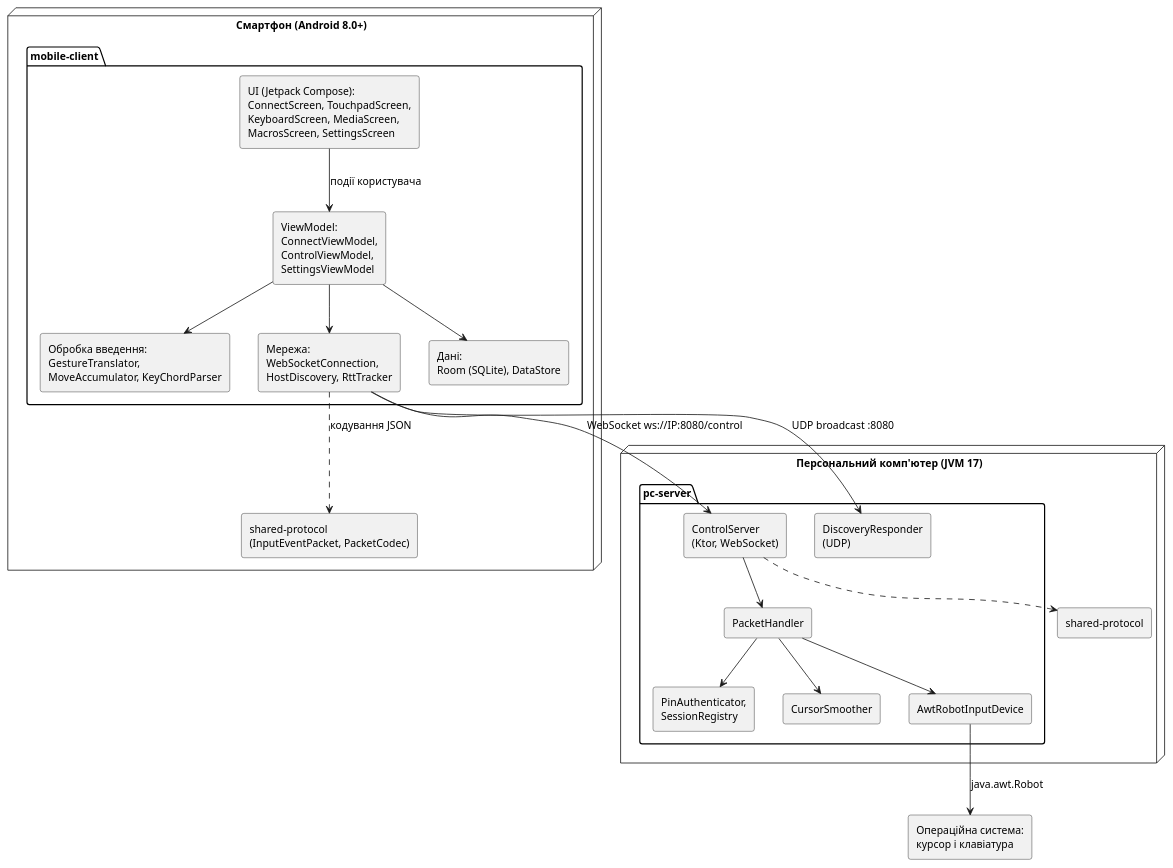
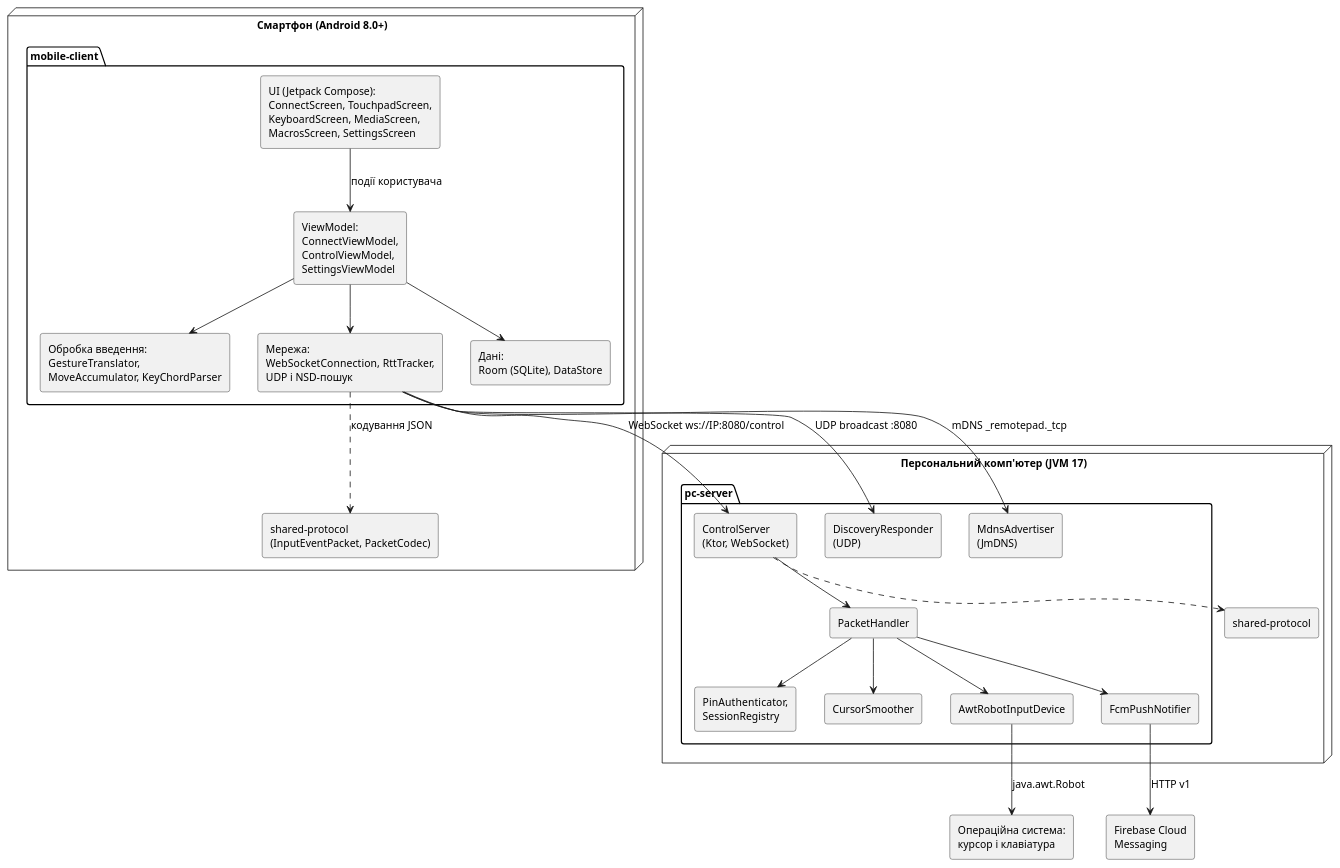
The diagram in docs/diagrams/component.puml (Illya-Bonikon/CW_1-4_TB-31_Reshetnikov_Felchyn), drawn with PlantUML before and after one commit. The commit also changed 53 other files, not shown here.

First line of the commit message:
Add Room CRUD and migrations, mDNS discovery and FCM notifications

```diff
--- a/docs/diagrams/component.puml
+++ b/docs/diagrams/component.puml
@@ -1,47 +1,52 @@
 @startuml
 skinparam monochrome true
 skinparam shadowing false
 skinparam defaultFontName "Times New Roman"
 skinparam defaultFontSize 13
 skinparam componentStyle rectangle
 skinparam roundCorner 6
 
 node "Смартфон (Android 8.0+)" as Phone {
   package "mobile-client" {
     [UI (Jetpack Compose):\nConnectScreen, TouchpadScreen,\nKeyboardScreen, MediaScreen,\nMacrosScreen, SettingsScreen] as UI
     [ViewModel:\nConnectViewModel,\nControlViewModel,\nSettingsViewModel] as VM
     [Обробка введення:\nGestureTranslator,\nMoveAccumulator, KeyChordParser] as Input
-    [Мережа:\nWebSocketConnection,\nHostDiscovery, RttTracker] as Net
+    [Мережа:\nWebSocketConnection, RttTracker,\nUDP і NSD-пошук] as Net
     [Дані:\nRoom (SQLite), DataStore] as Data
   }
   [shared-protocol\n(InputEventPacket, PacketCodec)] as ProtoC
 }
 
 node "Персональний комп'ютер (JVM 17)" as PC {
   package "pc-server" {
     [ControlServer\n(Ktor, WebSocket)] as WS
     [DiscoveryResponder\n(UDP)] as UDP
     [PacketHandler] as Handler
     [PinAuthenticator,\nSessionRegistry] as Auth
     [CursorSmoother] as Smooth
     [AwtRobotInputDevice] as Robot
+    [MdnsAdvertiser\n(JmDNS)] as Mdns
+    [FcmPushNotifier] as Push
   }
   [shared-protocol] as ProtoS
 }
 
 [Операційна система:\nкурсор і клавіатура] as OS
 
 UI --> VM : події користувача
 VM --> Input
 VM --> Net
 VM --> Data
 Net ..> ProtoC : кодування JSON
 Net --> WS : WebSocket ws://IP:8080/control
 Net --> UDP : UDP broadcast :8080
+Net --> Mdns : mDNS _remotepad._tcp
+Handler --> Push
+Push --> [Firebase Cloud\nMessaging] : HTTP v1
 WS --> Handler
 WS ..> ProtoS
 Handler --> Auth
 Handler --> Smooth
 Handler --> Robot
 Robot --> OS : java.awt.Robot
 @enduml
```
